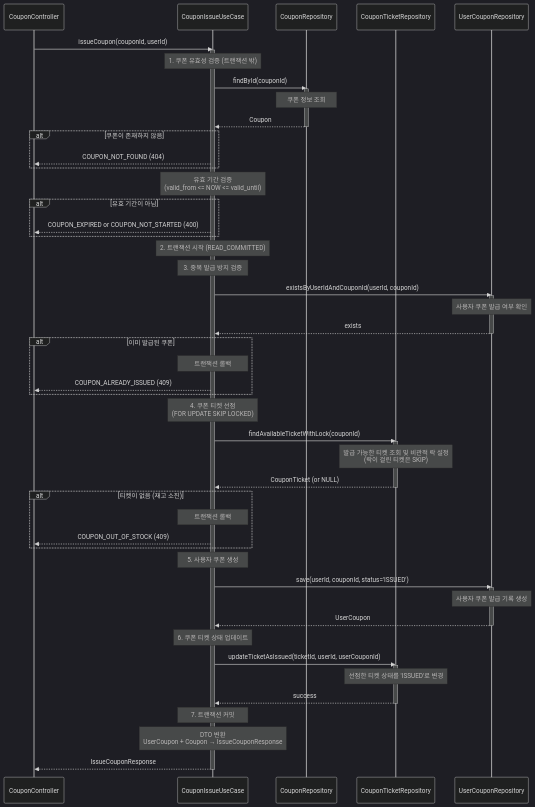
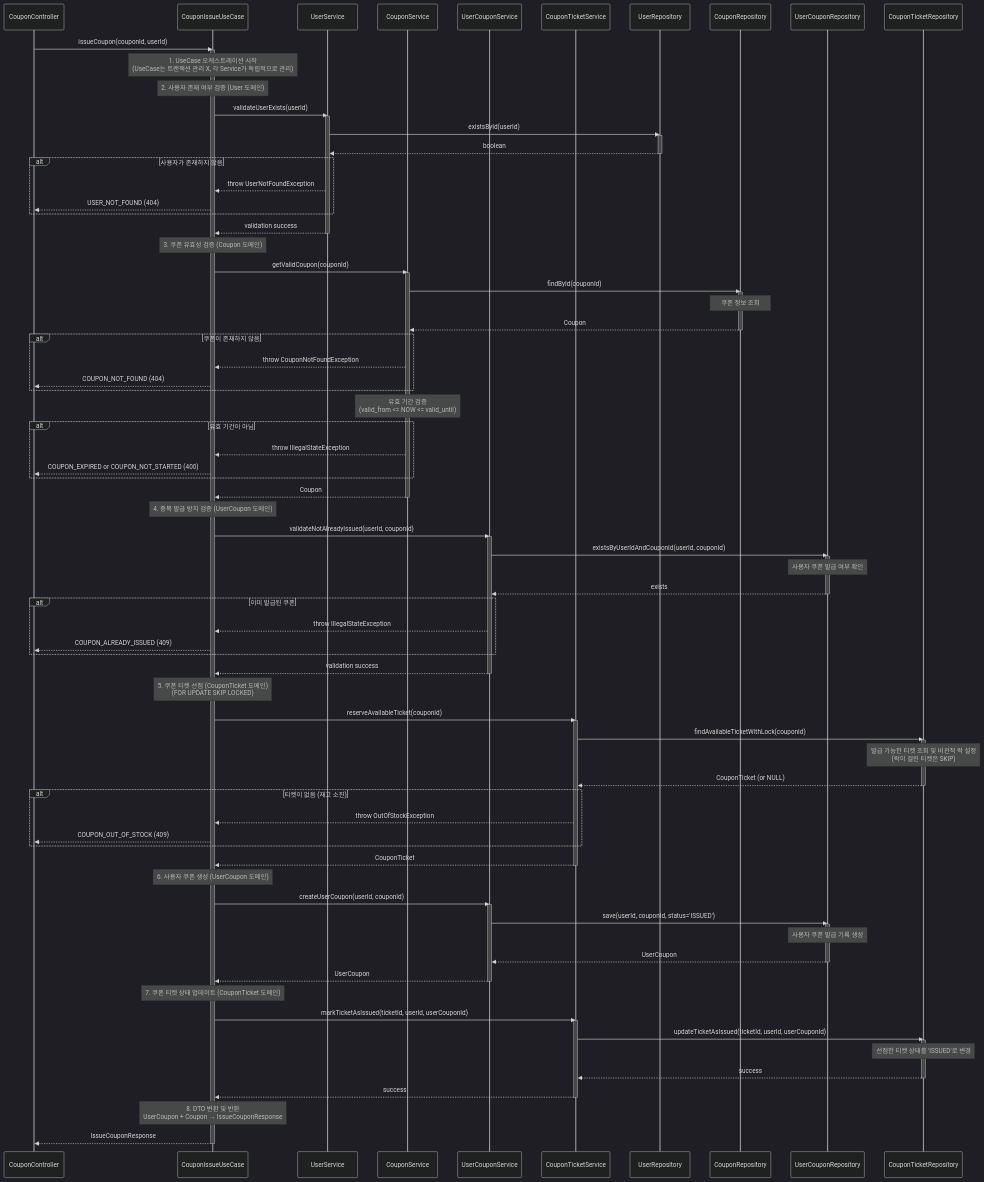
The diagram in docs/api/coupon/issue-coupon.md (edit8080/commerce-api), drawn with Mermaid (dark theme) before and after one commit. The commit also changed other lines of this file and 15 other files, not shown here.

Commit message:
refactor: UseCase 내 Service 기반 쿠폰 발급 로직 리팩토링

```diff
--- a/docs/api/coupon/issue-coupon.md
+++ b/docs/api/coupon/issue-coupon.md
@@ -285,78 +301,119 @@
 sequenceDiagram
     participant Controller as CouponController
     participant UseCase as CouponIssueUseCase
+    participant UserSvc as UserService
+    participant CouponSvc as CouponService
+    participant UserCouponSvc as UserCouponService
+    participant TicketSvc as CouponTicketService
+    participant UserRepo as UserRepository
     participant CouponRepo as CouponRepository
+    participant UserCouponRepo as UserCouponRepository
     participant TicketRepo as CouponTicketRepository
-    participant UserCouponRepo as UserCouponRepository
 
     Controller->>UseCase: issueCoupon(couponId, userId)
     activate UseCase
 
-    Note over UseCase: 1. 쿠폰 유효성 검증 (트랜잭션 밖)
+    Note over UseCase: 1. UseCase 오케스트레이션 시작<br/>(UseCase는 트랜잭션 관리 X, 각 Service가 독립적으로 관리)
 
-    UseCase->>CouponRepo: findById(couponId)
+    Note over UseCase: 2. 사용자 존재 여부 검증 (User 도메인)
+
+    UseCase->>UserSvc: validateUserExists(userId)
+    activate UserSvc
+    UserSvc->>UserRepo: existsById(userId)
+    activate UserRepo
+    UserRepo-->>UserSvc: boolean
+    deactivate UserRepo
+
+    alt 사용자가 존재하지 않음
+        UserSvc-->>UseCase: throw UserNotFoundException
+        UseCase-->>Controller: USER_NOT_FOUND (404)
+    end
+    UserSvc-->>UseCase: validation success
+    deactivate UserSvc
+
+    Note over UseCase: 3. 쿠폰 유효성 검증 (Coupon 도메인)
+
+    UseCase->>CouponSvc: getValidCoupon(couponId)
+    activate CouponSvc
+    CouponSvc->>CouponRepo: findById(couponId)
     activate CouponRepo
     Note over CouponRepo: 쿠폰 정보 조회
-    CouponRepo-->>UseCase: Coupon
+    CouponRepo-->>CouponSvc: Coupon
     deactivate CouponRepo
 
     alt 쿠폰이 존재하지 않음
+        CouponSvc-->>UseCase: throw CouponNotFoundException
         UseCase-->>Controller: COUPON_NOT_FOUND (404)
     end
 
-    Note over UseCase: 유효 기간 검증<br/>(valid_from <= NOW <= valid_until)
+    Note over CouponSvc: 유효 기간 검증<br/>(valid_from <= NOW <= valid_until)
 
     alt 유효 기간이 아님
+        CouponSvc-->>UseCase: throw IllegalStateException
         UseCase-->>Controller: COUPON_EXPIRED or COUPON_NOT_STARTED (400)
     end
+    CouponSvc-->>UseCase: Coupon
+    deactivate CouponSvc
 
-    Note over UseCase: 2. 트랜잭션 시작 (READ_COMMITTED)
+    Note over UseCase: 4. 중복 발급 방지 검증 (UserCoupon 도메인)
 
-    Note over UseCase: 3. 중복 발급 방지 검증
-
-    UseCase->>UserCouponRepo: existsByUserIdAndCouponId(userId, couponId)
+    UseCase->>UserCouponSvc: validateNotAlreadyIssued(userId, couponId)
+    activate UserCouponSvc
+    UserCouponSvc->>UserCouponRepo: existsByUserIdAndCouponId(userId, couponId)
     activate UserCouponRepo
     Note over UserCouponRepo: 사용자 쿠폰 발급 여부 확인
-    UserCouponRepo-->>UseCase: exists
+    UserCouponRepo-->>UserCouponSvc: exists
     deactivate UserCouponRepo
 
     alt 이미 발급된 쿠폰
-        Note over UseCase: 트랜잭션 롤백
+        UserCouponSvc-->>UseCase: throw IllegalStateException
         UseCase-->>Controller: COUPON_ALREADY_ISSUED (409)
     end
+    UserCouponSvc-->>UseCase: validation success
+    deactivate UserCouponSvc
 
-    Note over UseCase: 4. 쿠폰 티켓 선점<br/>(FOR UPDATE SKIP LOCKED)
+    Note over UseCase: 5. 쿠폰 티켓 선점 (CouponTicket 도메인)<br/>(FOR UPDATE SKIP LOCKED)
 
-    UseCase->>TicketRepo: findAvailableTicketWithLock(couponId)
+    UseCase->>TicketSvc: reserveAvailableTicket(couponId)
+    activate TicketSvc
+    TicketSvc->>TicketRepo: findAvailableTicketWithLock(couponId)
     activate TicketRepo
     Note over TicketRepo: 발급 가능한 티켓 조회 및 비관적 락 설정<br/>(락이 걸린 티켓은 SKIP)
-    TicketRepo-->>UseCase: CouponTicket (or NULL)
+    TicketRepo-->>TicketSvc: CouponTicket (or NULL)
     deactivate TicketRepo
 
     alt 티켓이 없음 (재고 소진)
-        Note over UseCase: 트랜잭션 롤백
+        TicketSvc-->>UseCase: throw OutOfStockException
         UseCase-->>Controller: COUPON_OUT_OF_STOCK (409)
     end
+    TicketSvc-->>UseCase: CouponTicket
+    deactivate TicketSvc
 
-    Note over UseCase: 5. 사용자 쿠폰 생성
+    Note over UseCase: 6. 사용자 쿠폰 생성 (UserCoupon 도메인)
 
-    UseCase->>UserCouponRepo: save(userId, couponId, status='ISSUED')
+    UseCase->>UserCouponSvc: createUserCoupon(userId, couponId)
+    activate UserCouponSvc
+    UserCouponSvc->>UserCouponRepo: save(userId, couponId, status='ISSUED')
     activate UserCouponRepo
     Note over UserCouponRepo: 사용자 쿠폰 발급 기록 생성
-    UserCouponRepo-->>UseCase: UserCoupon
+    UserCouponRepo-->>UserCouponSvc: UserCoupon
     deactivate UserCouponRepo
+    UserCouponSvc-->>UseCase: UserCoupon
+    deactivate UserCouponSvc
 
-    Note over UseCase: 6. 쿠폰 티켓 상태 업데이트
+    Note over UseCase: 7. 쿠폰 티켓 상태 업데이트 (CouponTicket 도메인)
 
-    UseCase->>TicketRepo: updateTicketAsIssued(ticketId, userId, userCouponId)
+    UseCase->>TicketSvc: markTicketAsIssued(ticketId, userId, userCouponId)
+    activate TicketSvc
+    TicketSvc->>TicketRepo: updateTicketAsIssued(ticketId, userId, userCouponId)
     activate TicketRepo
     Note over TicketRepo: 선점한 티켓 상태를 'ISSUED'로 변경
-    TicketRepo-->>UseCase: success
+    TicketRepo-->>TicketSvc: success
     deactivate TicketRepo
+    TicketSvc-->>UseCase: success
+    deactivate TicketSvc
 
-    Note over UseCase: 7. 트랜잭션 커밋
-
-    Note over UseCase: DTO 변환<br/>UserCoupon + Coupon → IssueCouponResponse
+    Note over UseCase: 8. DTO 변환 및 반환<br/>UserCoupon + Coupon → IssueCouponResponse
 
     UseCase-->>Controller: IssueCouponResponse
     deactivate UseCase
```
